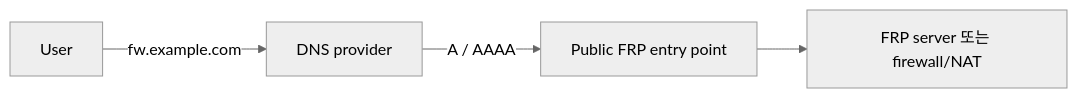
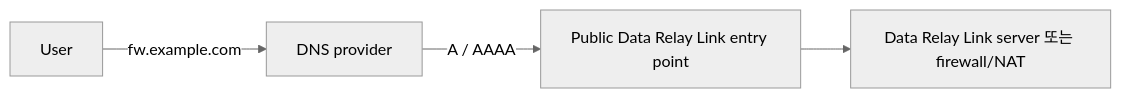
The second of 3 diagrams in ko/deployment/dns-hostname.mdx (datarelay-labs/data-relay-link-docs), drawn with Mermaid (neutral theme) before and after one commit. The commit also changed other lines of this file and 32 other files, not shown here.

````diff
--- a/ko/deployment/dns-hostname.mdx
+++ b/ko/deployment/dns-hostname.mdx
@@ -60,6 +60,6 @@
 ```mermaid
 flowchart LR
     U[User] -->|fw.example.com| D[DNS provider]
-    D -->|A / AAAA| P[Public FRP entry point]
-    P --> S[FRP server 또는 firewall/NAT]
+    D -->|A / AAAA| P[Public Data Relay Link entry point]
+    P --> S[Data Relay Link server 또는 firewall/NAT]
 ```
````
